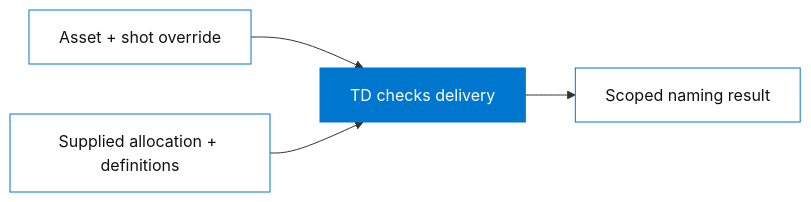
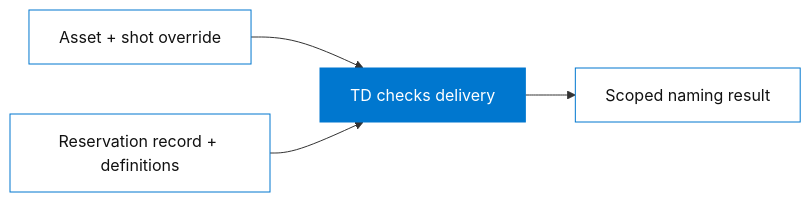
One commit to asluk/OpenUSD-proposals changed the first of 2 diagrams in proposals/namespace_prefix_isolation/README.md. Above: the diagram before and after it, drawn with Mermaid. The commit also changed other lines of this file and 2 other files, not shown here.

````diff
--- a/proposals/namespace_prefix_isolation/README.md
+++ b/proposals/namespace_prefix_isolation/README.md
@@ -384,10 +469,10 @@
 ```mermaid
 flowchart LR
     L["Asset + shot override"] --> C["TD checks delivery"]
-    R["Supplied allocation + definitions"] --> C
+    R["Reservation record + definitions"] --> C
     C --> O["Scoped naming result"]
     style L fill:#FFFFFF,color:#111111,stroke:#0077CF
     style R fill:#FFFFFF,color:#111111,stroke:#0077CF
     style O fill:#FFFFFF,color:#111111,stroke:#0077CF
     style C fill:#0077CF,color:#FFFFFF,stroke:#0077CF
 ```
````
